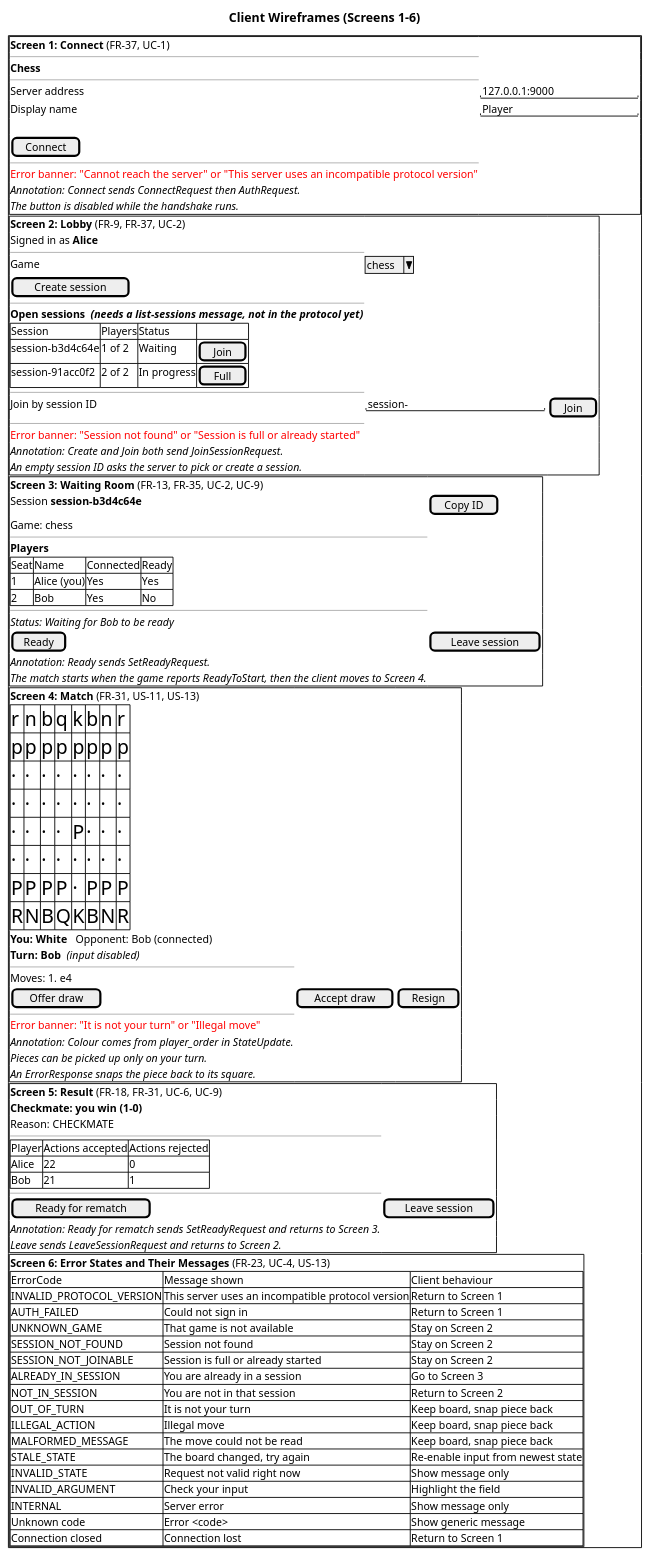
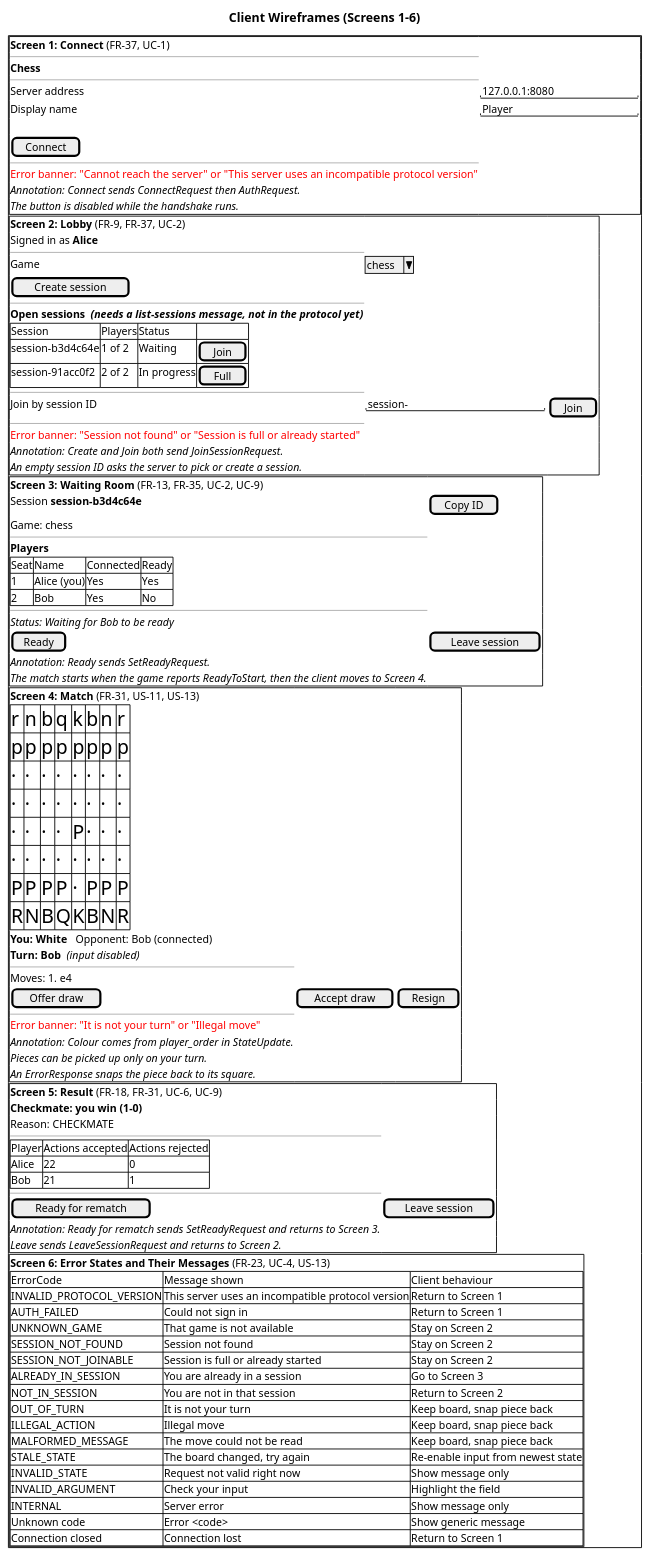
Before and after one commit to stevenlagoy/RAMServer-Core: the diagram in docs/diagrams/13_wireframes.puml, drawn with PlantUML. The commit also changed 31 other files, not shown here.

```diff
--- a/docs/diagrams/13_wireframes.puml
+++ b/docs/diagrams/13_wireframes.puml
@@ -1,116 +1,116 @@
 @startsalt wireframes
 title Client Wireframes (Screens 1-6)
 {+
   {+
   <b>Screen 1: Connect</b> (FR-37, UC-1)
   --
   <b>Chess
   --
-  Server address | "127.0.0.1:9000        "
+  Server address | "127.0.0.1:8080        "
   Display name   | "Player                "
   .
   [ Connect ]
   --
   <color:red>Error banner: "Cannot reach the server" or "This server uses an incompatible protocol version"
   <i>Annotation: Connect sends ConnectRequest then AuthRequest.
   <i>The button is disabled while the handshake runs.
   }
 {+
   <b>Screen 2: Lobby</b> (FR-9, FR-37, UC-2)
   Signed in as <b>Alice
   --
   Game | ^chess^
   [ Create session ]
   --
   <b>Open sessions  <i>(needs a list-sessions message, not in the protocol yet)
   {#
    Session | Players | Status | .
    session-b3d4c64e | 1 of 2 | Waiting | [ Join ]
    session-91acc0f2 | 2 of 2 | In progress | [ Full ]
   }
   --
   Join by session ID | "session-                 " | [ Join ]
   --
   <color:red>Error banner: "Session not found" or "Session is full or already started"
   <i>Annotation: Create and Join both send JoinSessionRequest.
   <i>An empty session ID asks the server to pick or create a session.
   }
 {+
   <b>Screen 3: Waiting Room</b> (FR-13, FR-35, UC-2, UC-9)
   Session <b>session-b3d4c64e</b> | [ Copy ID ]
   Game: chess
   --
   <b>Players
   {#
    Seat | Name | Connected | Ready
    1 | Alice (you) | Yes | Yes
    2 | Bob | Yes | No
   }
   --
   <i>Status: Waiting for Bob to be ready
   [ Ready ] | [ Leave session ]
   <i>Annotation: Ready sends SetReadyRequest.
   <i>The match starts when the game reports ReadyToStart, then the client moves to Screen 4.
   }
 {+
   <b>Screen 4: Match</b> (FR-31, US-11, US-13)
   {#
    <size:22>r | <size:22>n | <size:22>b | <size:22>q | <size:22>k | <size:22>b | <size:22>n | <size:22>r
    <size:22>p | <size:22>p | <size:22>p | <size:22>p | <size:22>p | <size:22>p | <size:22>p | <size:22>p
    <size:22>· | <size:22>· | <size:22>· | <size:22>· | <size:22>· | <size:22>· | <size:22>· | <size:22>·
    <size:22>· | <size:22>· | <size:22>· | <size:22>· | <size:22>· | <size:22>· | <size:22>· | <size:22>·
    <size:22>· | <size:22>· | <size:22>· | <size:22>· | <size:22>P | <size:22>· | <size:22>· | <size:22>·
    <size:22>· | <size:22>· | <size:22>· | <size:22>· | <size:22>· | <size:22>· | <size:22>· | <size:22>·
    <size:22>P | <size:22>P | <size:22>P | <size:22>P | <size:22>· | <size:22>P | <size:22>P | <size:22>P
    <size:22>R | <size:22>N | <size:22>B | <size:22>Q | <size:22>K | <size:22>B | <size:22>N | <size:22>R
   }
   <b>You: White</b>   Opponent: Bob (connected)
   <b>Turn: Bob</b>  <i>(input disabled)
   --
   Moves: 1. e4
   [ Offer draw ] | [ Accept draw ] | [ Resign ]
   --
   <color:red>Error banner: "It is not your turn" or "Illegal move"
   <i>Annotation: Colour comes from player_order in StateUpdate.
   <i>Pieces can be picked up only on your turn.
   <i>An ErrorResponse snaps the piece back to its square.
   }
 {+
   <b>Screen 5: Result</b> (FR-18, FR-31, UC-6, UC-9)
   <b>Checkmate: you win (1-0)
   Reason: CHECKMATE
   --
   {#
    Player | Actions accepted | Actions rejected
    Alice | 22 | 0
    Bob | 21 | 1
   }
   --
   [ Ready for rematch ] | [ Leave session ]
   <i>Annotation: Ready for rematch sends SetReadyRequest and returns to Screen 3.
   <i>Leave sends LeaveSessionRequest and returns to Screen 2.
   }
 {+
   <b>Screen 6: Error States and Their Messages</b> (FR-23, UC-4, US-13)
   {#
    ErrorCode | Message shown | Client behaviour
    INVALID_PROTOCOL_VERSION | This server uses an incompatible protocol version | Return to Screen 1
    AUTH_FAILED | Could not sign in | Return to Screen 1
    UNKNOWN_GAME | That game is not available | Stay on Screen 2
    SESSION_NOT_FOUND | Session not found | Stay on Screen 2
    SESSION_NOT_JOINABLE | Session is full or already started | Stay on Screen 2
    ALREADY_IN_SESSION | You are already in a session | Go to Screen 3
    NOT_IN_SESSION | You are not in that session | Return to Screen 2
    OUT_OF_TURN | It is not your turn | Keep board, snap piece back
    ILLEGAL_ACTION | Illegal move | Keep board, snap piece back
    MALFORMED_MESSAGE | The move could not be read | Keep board, snap piece back
    STALE_STATE | The board changed, try again | Re-enable input from newest state
    INVALID_STATE | Request not valid right now | Show message only
    INVALID_ARGUMENT | Check your input | Highlight the field
    INTERNAL | Server error | Show message only
    Unknown code | Error <code> | Show generic message
    Connection closed | Connection lost | Return to Screen 1
   }
 }
 }
 @endsalt
```
